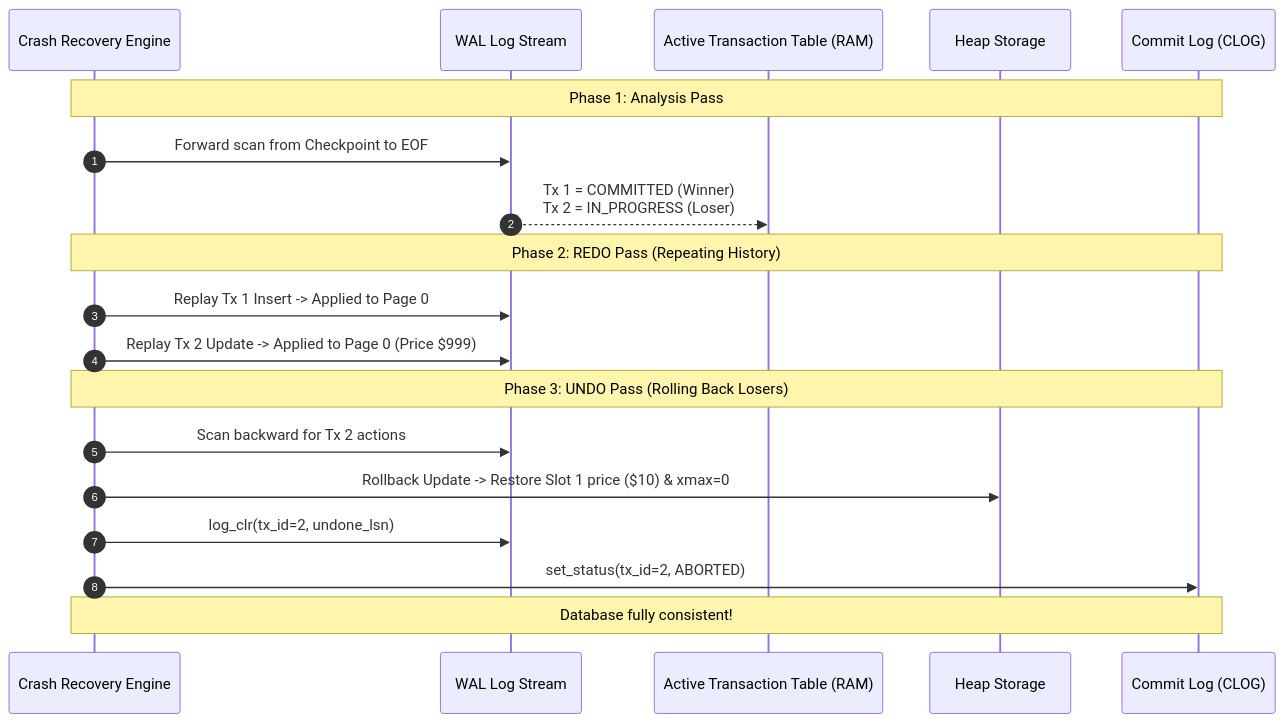
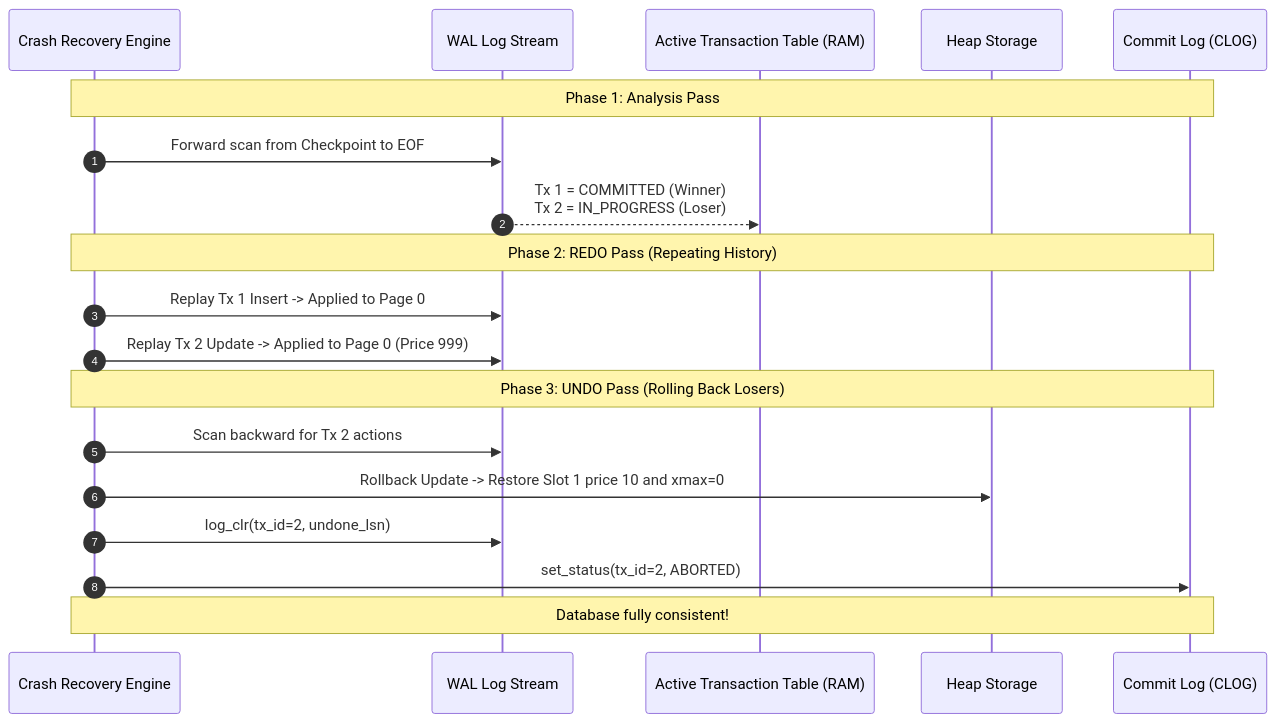
The second of 2 diagrams in notes/atlas/16-aries-3-phase-recovery.md (Nimastic/cpp-postgres), drawn with Mermaid before and after one commit. The commit also changed 16 other files, not shown here.

First line of the commit message:
fix(atlas): resolve all Mermaid diagram and LaTeX syntax parsing errors

````diff
--- a/notes/atlas/16-aries-3-phase-recovery.md
+++ b/notes/atlas/16-aries-3-phase-recovery.md
@@ -35,24 +35,24 @@
 ```mermaid
 sequenceDiagram
     autonumber
     participant System as Crash Recovery Engine
     participant WAL as WAL Log Stream
     participant ATT as Active Transaction Table (RAM)
     participant Heap as Heap Storage
     participant CLOG as Commit Log (CLOG)
 
     Note over System,CLOG: Phase 1: Analysis Pass
     System->>WAL: Forward scan from Checkpoint to EOF
     WAL-->>ATT: Tx 1 = COMMITTED (Winner)<br/>Tx 2 = IN_PROGRESS (Loser)
 
     Note over System,CLOG: Phase 2: REDO Pass (Repeating History)
     System->>WAL: Replay Tx 1 Insert -> Applied to Page 0
-    System->>WAL: Replay Tx 2 Update -> Applied to Page 0 (Price $999)
+    System->>WAL: Replay Tx 2 Update -> Applied to Page 0 (Price 999)
 
     Note over System,CLOG: Phase 3: UNDO Pass (Rolling Back Losers)
     System->>WAL: Scan backward for Tx 2 actions
-    System->>Heap: Rollback Update -> Restore Slot 1 price ($10) & xmax=0
+    System->>Heap: Rollback Update -> Restore Slot 1 price 10 and xmax=0
     System->>WAL: log_clr(tx_id=2, undone_lsn)
     System->>CLOG: set_status(tx_id=2, ABORTED)
     Note over System,CLOG: Database fully consistent!
 ```
````
